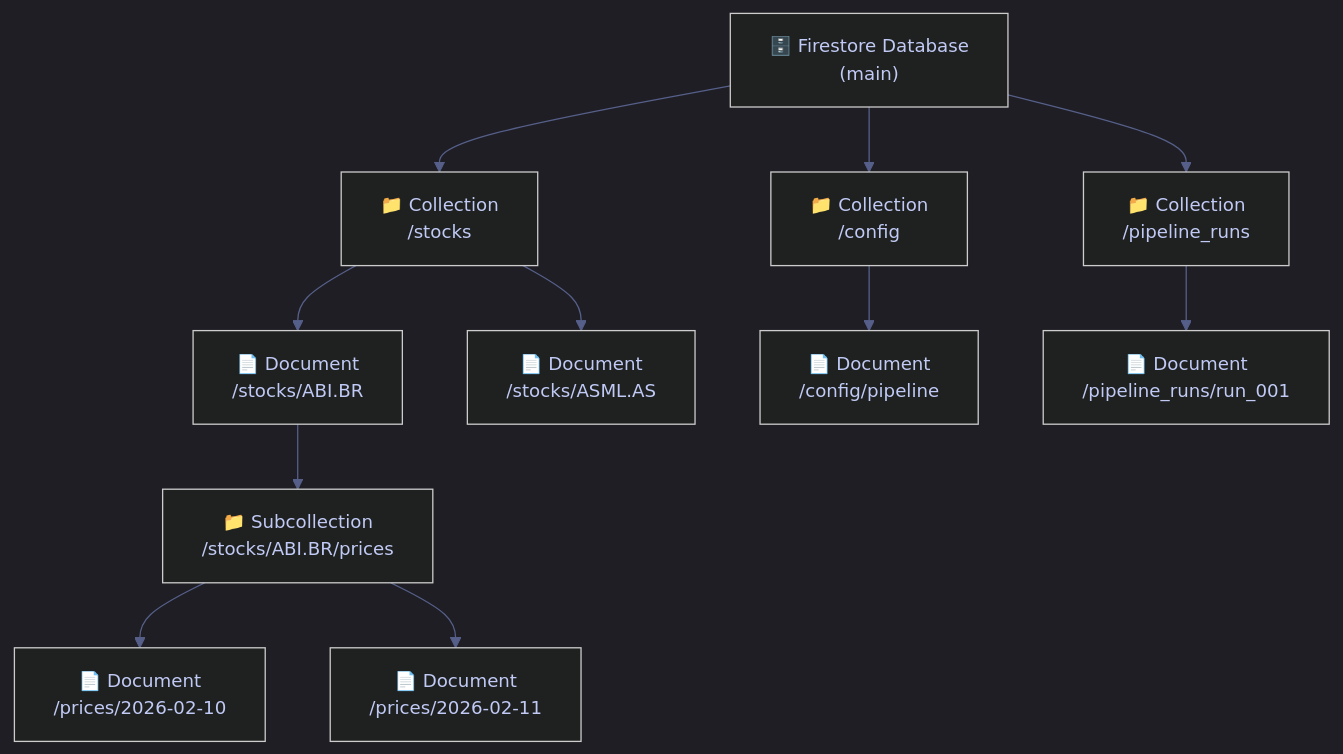
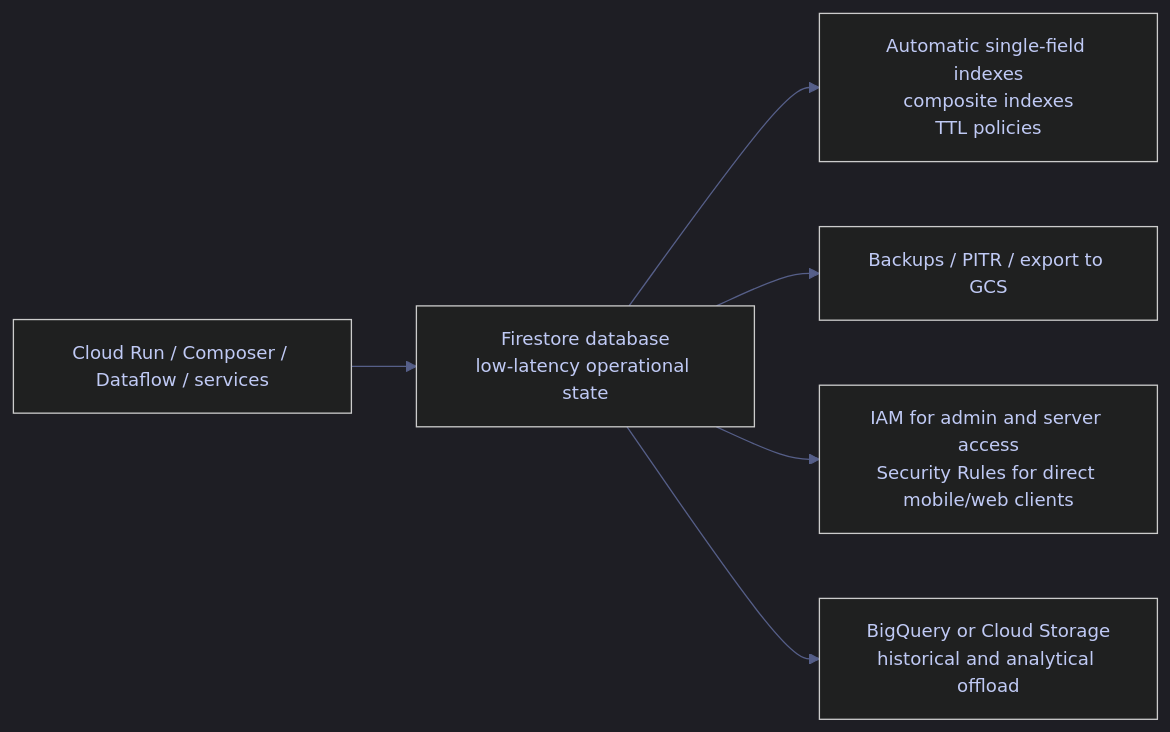
Before and after one commit to alp78/elysium: the diagram in content/06-GCP/04-Firestore/01-firestore-data-model-and-operations.md, drawn with Mermaid. The commit also changed other lines of this file and 493 other files, not shown here.

````diff
--- a/content/06-GCP/04-Firestore/01-firestore-data-model-and-operations.md
+++ b/content/06-GCP/04-Firestore/01-firestore-data-model-and-operations.md
@@ -149,37 +319,20 @@
 ```mermaid
 %%{init: {'theme': 'dark', 'themeVariables': {
   'primaryColor': '#292e42',
   'primaryTextColor': '#c0caf5',
   'primaryBorderColor': '#565f89',
   'lineColor': '#565f89',
   'secondaryColor': '#1a1b26',
   'tertiaryColor': '#24283b',
   'noteTextColor': '#c0caf5',
   'noteBkgColor': '#292e42',
   'textColor': '#c0caf5',
   'fontSize': '14px'
 }}}%%
-flowchart TD
-    DB["🗄️ Firestore Database<br/>(main)"]
-    C1["📁 Collection<br/>/stocks"]
-    C2["📁 Collection<br/>/config"]
-    C3["📁 Collection<br/>/pipeline_runs"]
-    D1["📄 Document<br/>/stocks/ABI.BR"]
-    D2["📄 Document<br/>/stocks/ASML.AS"]
-    D3["📄 Document<br/>/config/pipeline"]
-    D4["📄 Document<br/>/pipeline_runs/run_001"]
-    SC["📁 Subcollection<br/>/stocks/ABI.BR/prices"]
-    SD1["📄 Document<br/>/prices/2026-02-10"]
-    SD2["📄 Document<br/>/prices/2026-02-11"]
-
-    DB --> C1
-    DB --> C2
-    DB --> C3
-    C1 --> D1
-    C1 --> D2
-    C2 --> D3
-    C3 --> D4
-    D1 --> SC
-    SC --> SD1
-    SC --> SD2
+flowchart LR
+    A["Cloud Run / Composer / Dataflow / services"] --> B["Firestore database<br/>low-latency operational state"]
+    B --> C["Automatic single-field indexes<br/>composite indexes<br/>TTL policies"]
+    B --> D["Backups / PITR / export to GCS"]
+    B --> E["IAM for admin and server access<br/>Security Rules for direct mobile/web clients"]
+    B --> F["BigQuery or Cloud Storage<br/>historical and analytical offload"]
 ```
````
